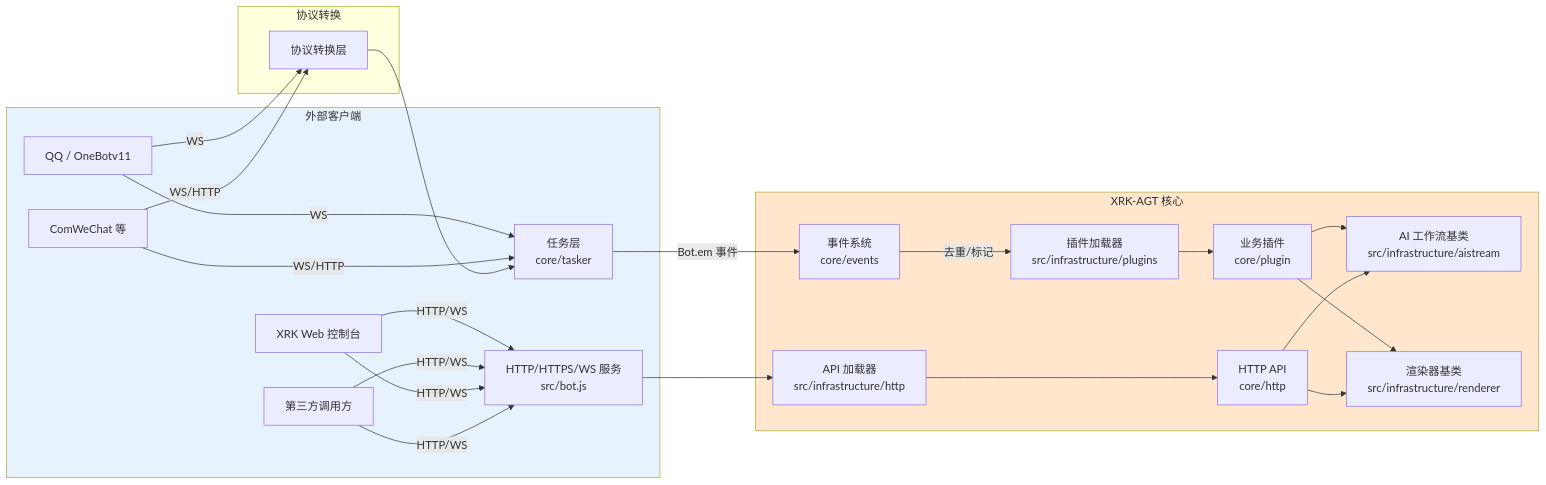
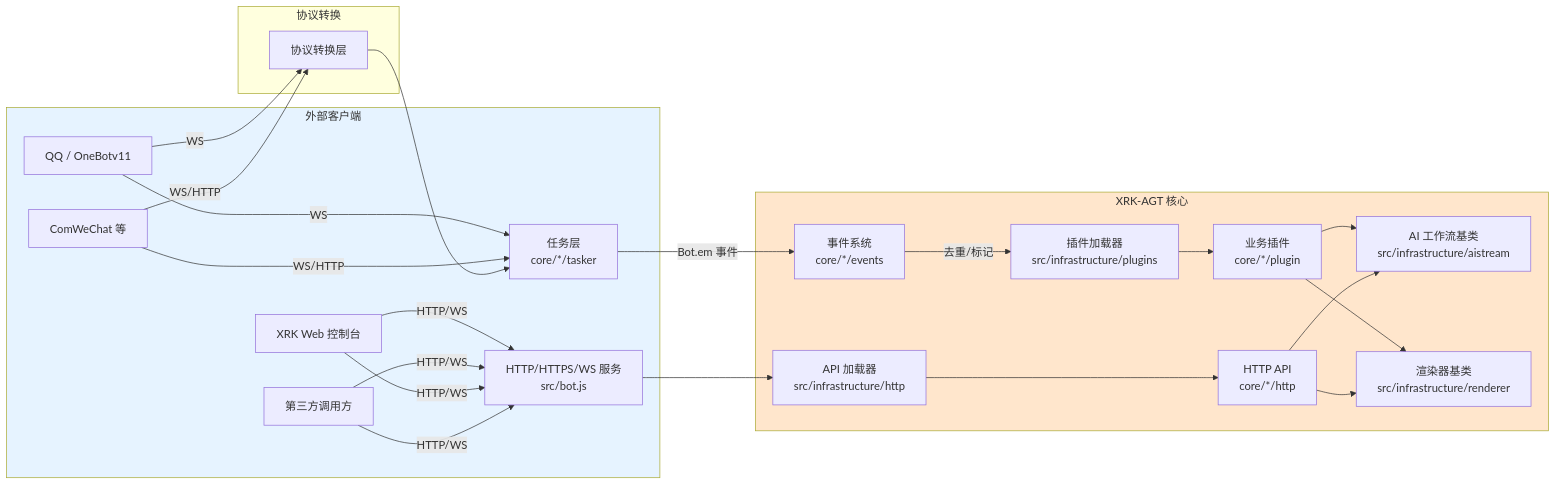
The second of 9 diagrams in docs/完整文档.md (sunflowermm/XRK-AGT), drawn with Mermaid before and after one commit. The commit also changed other lines of this file and 116 other files, not shown here.

````diff
--- a/docs/完整文档.md
+++ b/docs/完整文档.md
@@ -95,44 +95,44 @@
 ```mermaid
 flowchart LR
     subgraph Clients["外部客户端"]
       QQ["QQ / OneBotv11"] -->|WS| Taskers
       WeChat["ComWeChat 等"] -->|WS/HTTP| Taskers
       WebUI["XRK Web 控制台"] -->|HTTP/WS| Express
       ThirdAPI["第三方调用方"] -->|HTTP/WS| Express
     end
 
     subgraph Protocol["协议转换"]
       ProtocolConv["协议转换层"]
     end
 
     subgraph Core["XRK-AGT 核心"]
       Express["HTTP/HTTPS/WS 服务<br/>src/bot.js"]
-      Taskers["任务层<br/>core/tasker"]
-      EventSystem["事件系统<br/>core/events"]
+      Taskers["任务层<br/>core/*/tasker"]
+      EventSystem["事件系统<br/>core/*/events"]
       PluginsLoader["插件加载器<br/>src/infrastructure/plugins"]
       ApiLoader["API 加载器<br/>src/infrastructure/http"]
-      Plugins["业务插件<br/>core/plugin"]
-      HttpApis["HTTP API<br/>core/http"]
+      Plugins["业务插件<br/>core/*/plugin"]
+      HttpApis["HTTP API<br/>core/*/http"]
       AIStream["AI 工作流基类<br/>src/infrastructure/aistream"]
       Renderer["渲染器基类<br/>src/infrastructure/renderer"]
     end
 
     QQ -->|WS| ProtocolConv
     WeChat -->|WS/HTTP| ProtocolConv
     WebUI -->|HTTP/WS| Express
     ThirdAPI -->|HTTP/WS| Express
     
     ProtocolConv --> Taskers
     Taskers -->|Bot.em 事件| EventSystem
     EventSystem -->|去重/标记| PluginsLoader
     Express --> ApiLoader
     ApiLoader --> HttpApis
     PluginsLoader --> Plugins
     Plugins --> AIStream
     Plugins --> Renderer
     HttpApis --> AIStream
     HttpApis --> Renderer
     
     style Clients fill:#E6F3FF
     style Core fill:#FFE6CC
 ```
````
